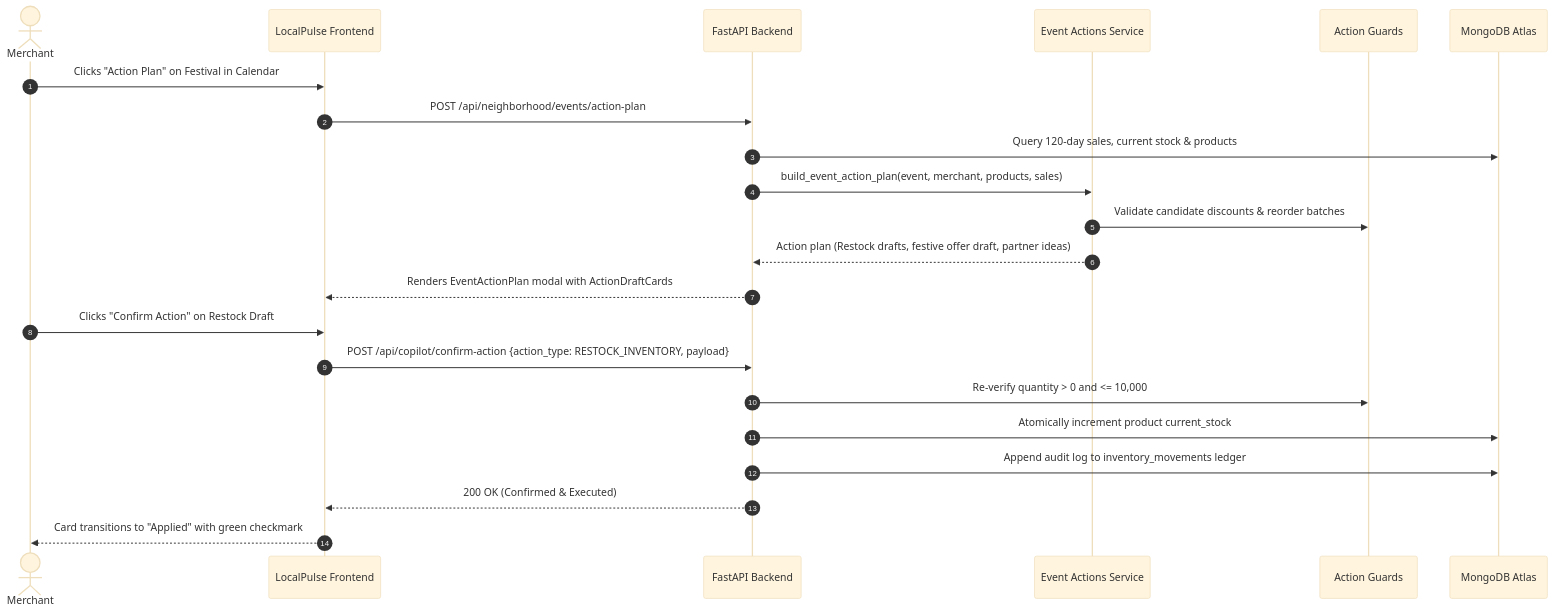
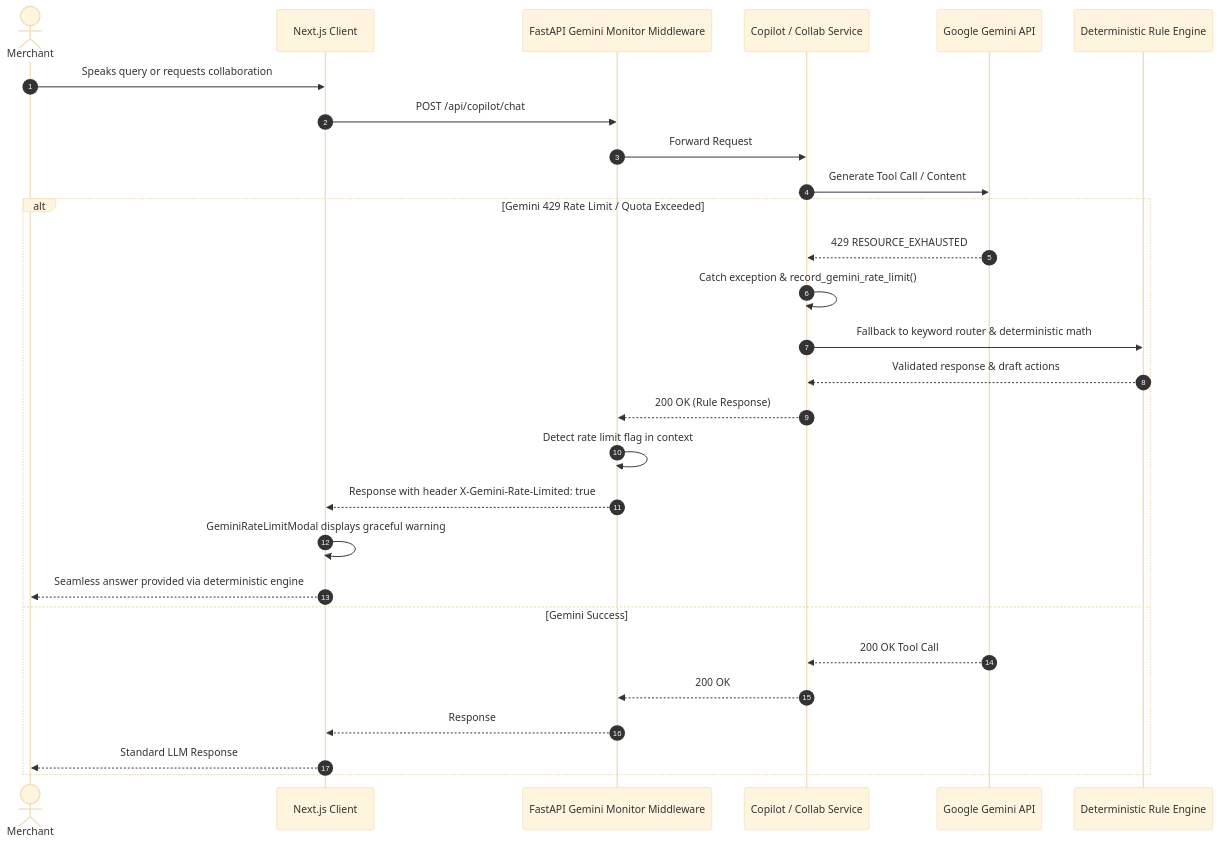
Before and after one commit to SriCharan9876/LocalPulse: the fourth of 4 diagrams in README.md, drawn with Mermaid (base theme). The commit also changed other lines of this file and 55 other files, not shown here.

Commit message:
Updated agent tools, collaboration page frontend

````diff
--- a/README.md
+++ b/README.md
@@ -166,25 +410,31 @@
 ```mermaid
 sequenceDiagram
     autonumber
     actor M as Merchant
-    participant UI as LocalPulse Frontend
-    participant API as FastAPI Backend
-    participant ACT as Event Actions Service
-    participant GUARD as Action Guards
-    participant DB as MongoDB Atlas
-
-    M->>UI: Clicks "Action Plan" on Festival in Calendar
-    UI->>API: POST /api/neighborhood/events/action-plan
-    API->>DB: Query 120-day sales, current stock & products
-    API->>ACT: build_event_action_plan(event, merchant, products, sales)
-    ACT->>GUARD: Validate candidate discounts & reorder batches
-    ACT-->>API: Action plan (Restock drafts, festive offer draft, partner ideas)
-    API-->>UI: Renders EventActionPlan modal with ActionDraftCards
-    M->>UI: Clicks "Confirm Action" on Restock Draft
-    UI->>API: POST /api/copilot/confirm-action {action_type: RESTOCK_INVENTORY, payload}
-    API->>GUARD: Re-verify quantity > 0 and <= 10,000
-    API->>DB: Atomically increment product current_stock
-    API->>DB: Append audit log to inventory_movements ledger
-    API-->>UI: 200 OK (Confirmed & Executed)
-    UI-->>M: Card transitions to "Applied" with green checkmark
+    participant UI as Next.js Client
+    participant MW as FastAPI Gemini Monitor Middleware
+    participant COP as Copilot / Collab Service
+    participant GEM as Google Gemini API
+    participant RULE as Deterministic Rule Engine
+    
+    M->>UI: Speaks query or requests collaboration
+    UI->>MW: POST /api/copilot/chat
+    MW->>COP: Forward Request
+    COP->>GEM: Generate Tool Call / Content
+    alt Gemini 429 Rate Limit / Quota Exceeded
+        GEM-->>COP: 429 RESOURCE_EXHAUSTED
+        COP->>COP: Catch exception & record_gemini_rate_limit()
+        COP->>RULE: Fallback to keyword router & deterministic math
+        RULE-->>COP: Validated response & draft actions
+        COP-->>MW: 200 OK (Rule Response)
+        MW->>MW: Detect rate limit flag in context
+        MW-->>UI: Response with header X-Gemini-Rate-Limited: true
+        UI->>UI: GeminiRateLimitModal displays graceful warning
+        UI-->>M: Seamless answer provided via deterministic engine
+    else Gemini Success
+        GEM-->>COP: 200 OK Tool Call
+        COP-->>MW: 200 OK
+        MW-->>UI: Response
+        UI-->>M: Standard LLM Response
+    end
 ```
````
